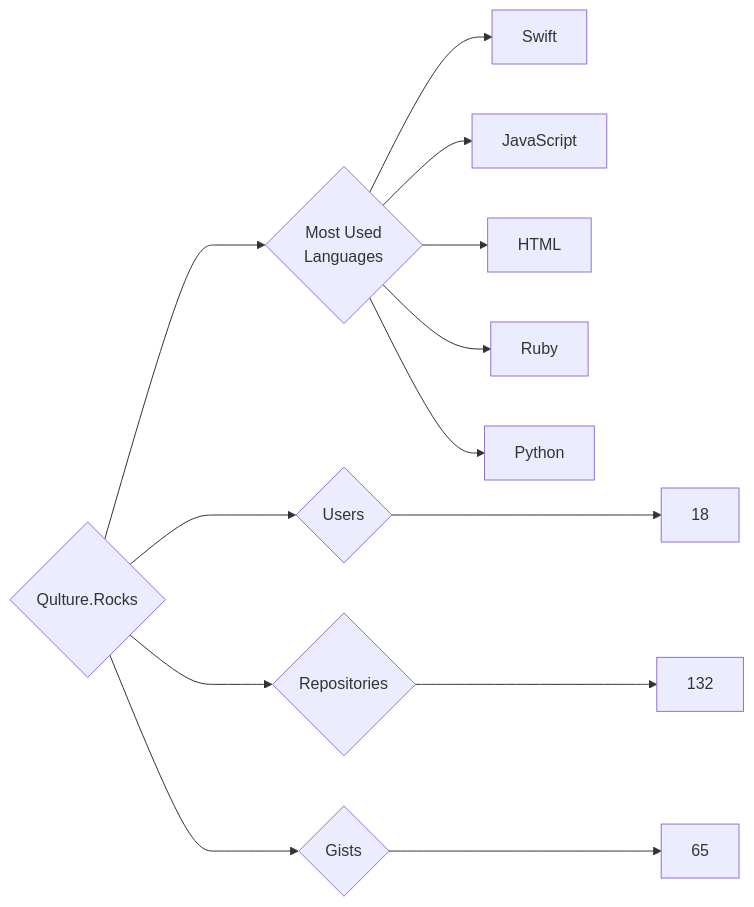
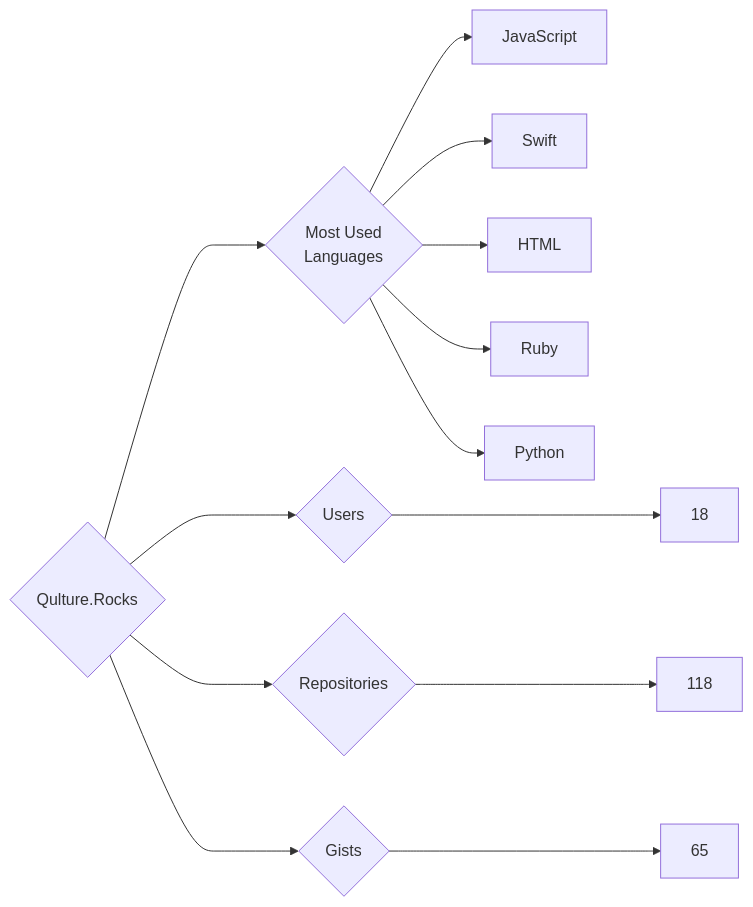
Before and after one commit to trickest/insiders: the diagram in targets/Qulture.Rocks/README.md, drawn with Mermaid. The commit also changed 725 other files, not shown here.

````diff
--- a/targets/Qulture.Rocks/README.md
+++ b/targets/Qulture.Rocks/README.md
@@ -3,13 +3,13 @@
 ```mermaid
 graph LR
 COMPANY_NAME{Qulture.Rocks}
 COMPANY_NAME ---> U{Users} ---> UN[18]
-COMPANY_NAME ---> R{Repositories} ---> RN[132]
+COMPANY_NAME ---> R{Repositories} ---> RN[118]
 COMPANY_NAME ---> G{Gists} ---> GN[65]
 COMPANY_NAME ---> ML{Most Used<br>Languages}
+ML --> JavaScript[JavaScript]
 ML --> Swift[Swift]
-ML --> JavaScript[JavaScript]
 ML --> HTML[HTML]
 ML --> Ruby[Ruby]
 ML --> Python[Python]
 ```
````
